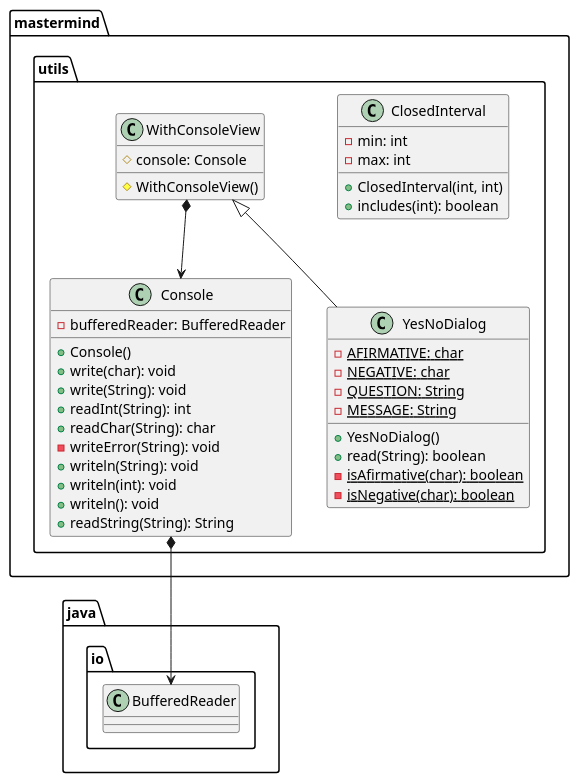
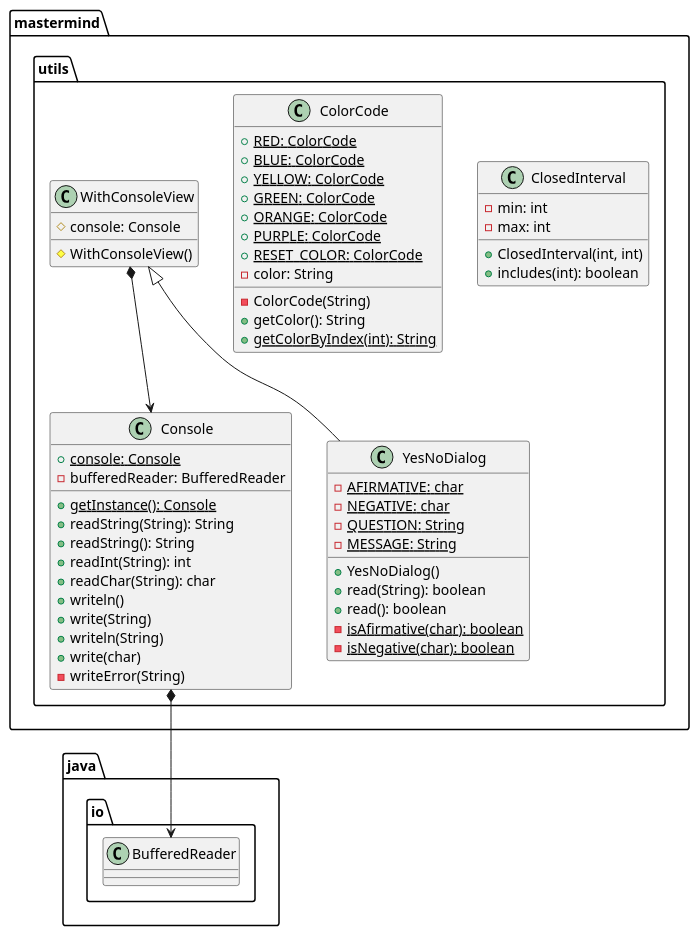
The fourth of 4 diagrams in documentView/console/docs/diagrams/src/paquetes.plantuml (SantaTecla-mastermind/solution.java.swing.socket.sql), drawn with PlantUML before and after one commit. The commit also changed other lines of this file, not shown here.

Commit message:
Modificado el plantuml

```diff
--- a/documentView/console/docs/diagrams/src/paquetes.plantuml
+++ b/documentView/console/docs/diagrams/src/paquetes.plantuml
@@ -202,41 +199,57 @@
 @startuml mastermind.utils
 class  mastermind.utils.ClosedInterval{
 - min: int
 - max: int
 + ClosedInterval(int, int)
 + includes(int): boolean
 }
 
+class  mastermind.utils.ColorCode{
++ {static} RED: ColorCode
++ {static} BLUE: ColorCode
++ {static} YELLOW: ColorCode
++ {static} GREEN: ColorCode
++ {static} ORANGE: ColorCode
++ {static} PURPLE: ColorCode
++ {static} RESET_COLOR: ColorCode
+- color: String
+- ColorCode(String)
++ getColor(): String
++ {static} getColorByIndex(int): String
+}
+
 class  mastermind.utils.Console{
++ {static} console: Console
 - bufferedReader: BufferedReader
-+ Console()
-+ write(char): void
-+ write(String): void
++ {static} getInstance(): Console
++ readString(String): String
++ readString(): String
 + readInt(String): int
 + readChar(String): char
-- writeError(String): void
-+ writeln(String): void
-+ writeln(int): void
-+ writeln(): void
-+ readString(String): String
++ writeln()
++ write(String)
++ writeln(String)
++ write(char)
+- writeError(String)
 }
 mastermind.utils.Console *-down-> java.io.BufferedReader
 
 class  mastermind.utils.WithConsoleView{
 # console: Console
 # WithConsoleView()
 }
 mastermind.utils.WithConsoleView *-down-> mastermind.utils.Console
 
 class  mastermind.utils.YesNoDialog{
 - {static} AFIRMATIVE: char
 - {static} NEGATIVE: char
 - {static} QUESTION: String
 - {static} MESSAGE: String
 + YesNoDialog()
 + read(String): boolean
++ read(): boolean
 - {static} isAfirmative(char): boolean
 - {static} isNegative(char): boolean
 }
 mastermind.utils.WithConsoleView <|-down- mastermind.utils.YesNoDialog
 @enduml
```
